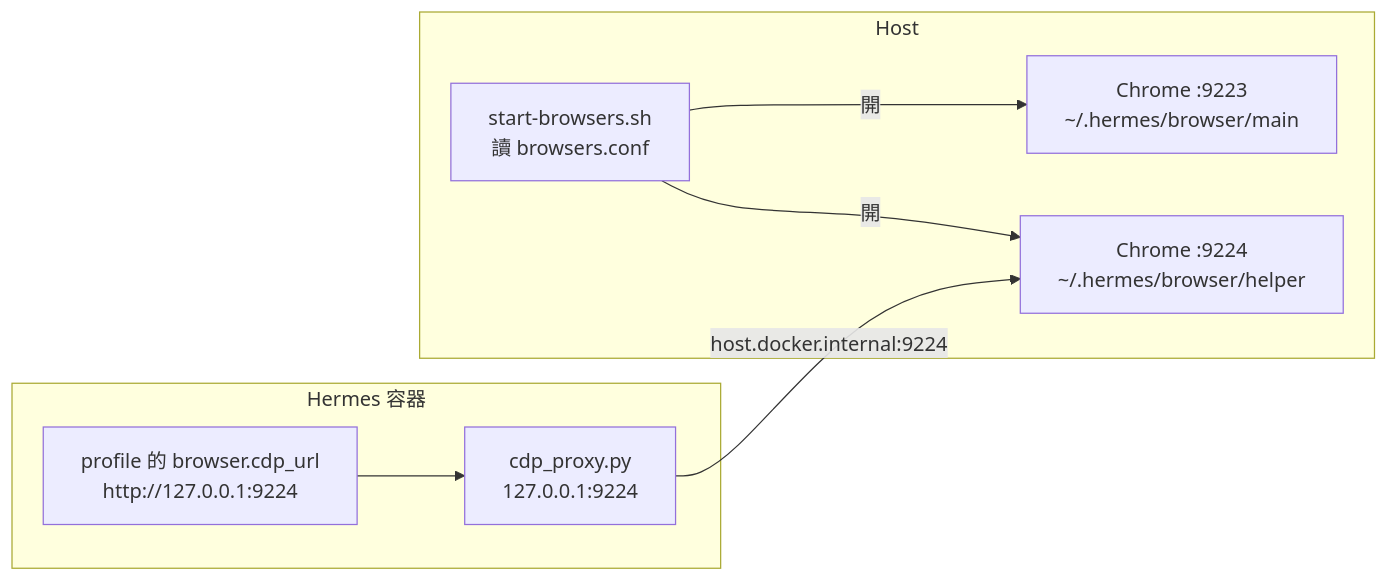
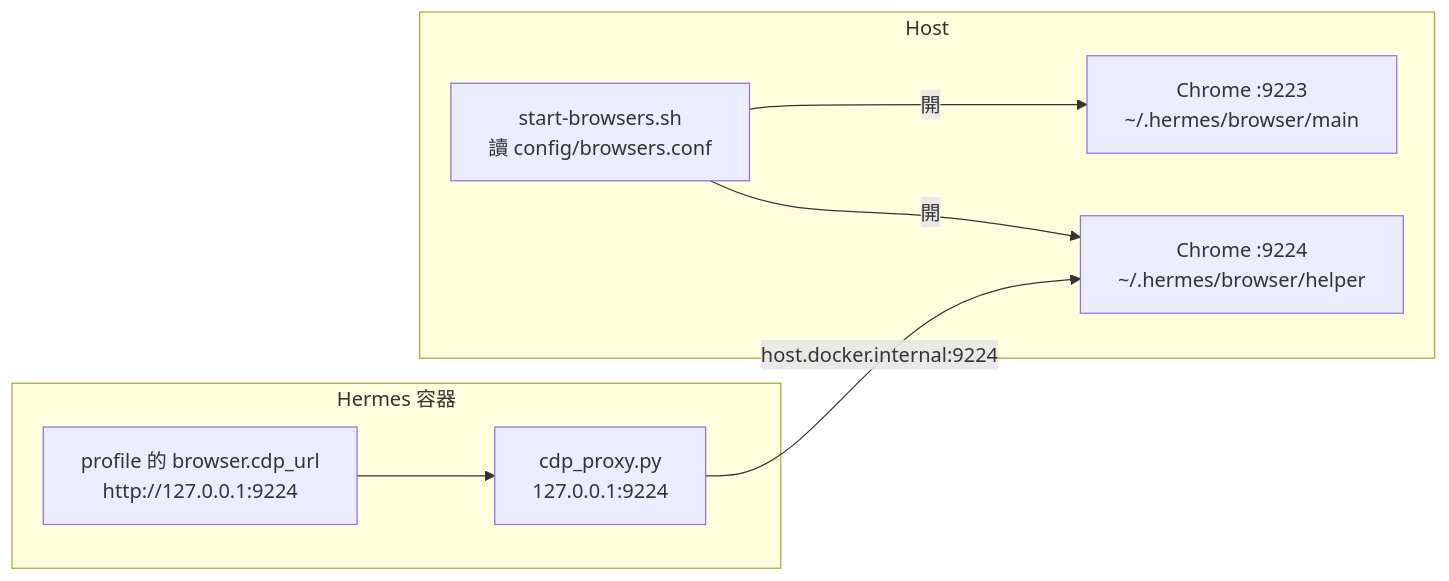
One commit to kaka-lin/hermes-server changed the diagram in docs/browser.md. Above: the diagram before and after it, drawn with Mermaid. The commit also changed other lines of this file and 39 other files, not shown here.

````diff
--- a/docs/browser.md
+++ b/docs/browser.md
@@ -7,11 +13,11 @@
 ```mermaid
 flowchart LR
   subgraph Host["Host"]
-    SB["start-browsers.sh<br/>讀 browsers.conf"] -->|開| C1["Chrome :9223<br/>~/.hermes/browser/main"]
+    SB["start-browsers.sh<br/>讀 config/browsers.conf"] -->|開| C1["Chrome :9223<br/>~/.hermes/browser/main"]
     SB -->|開| C2["Chrome :9224<br/>~/.hermes/browser/helper"]
   end
   subgraph Container["Hermes 容器"]
     P["profile 的 browser.cdp_url<br/>http://127.0.0.1:9224"] --> PX["cdp_proxy.py<br/>127.0.0.1:9224"]
   end
   PX -->|host.docker.internal:9224| C2
 ```
````
